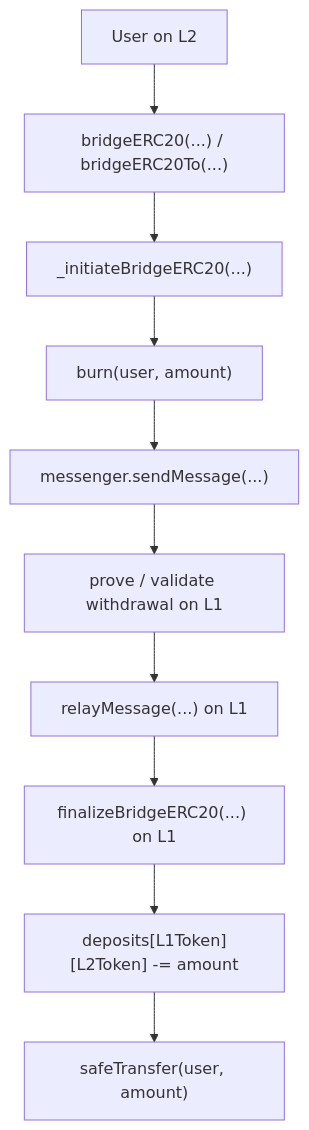
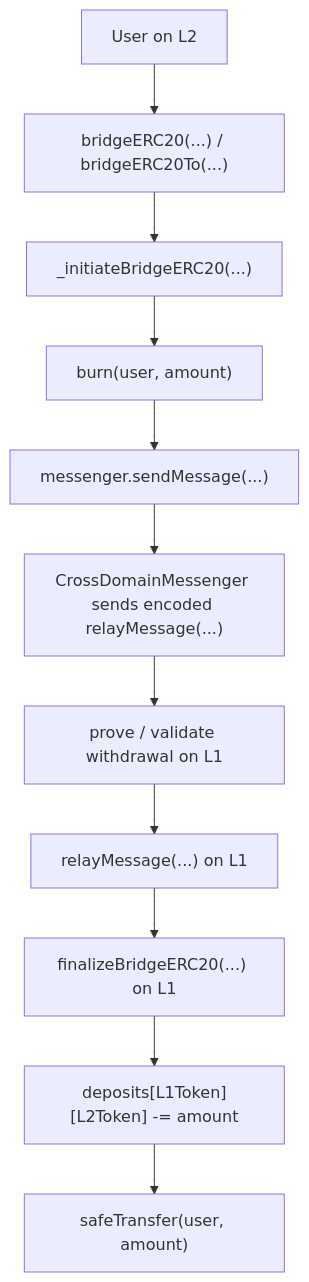
Before and after one commit to Keedz1Off/optimism-bridge-flow-local-review: the second of 2 diagrams in README.md, drawn with Mermaid. The commit also changed other lines of this file and 4 other files, not shown here.

Commit message:
Clarify Optimism bridge message flow

````diff
--- a/README.md
+++ b/README.md
@@ -45,12 +48,13 @@
 ```mermaid
 flowchart TD
     A["User on L2"] --> B["bridgeERC20(...) / bridgeERC20To(...)"]
     B --> C["_initiateBridgeERC20(...)"]
     C --> D["burn(user, amount)"]
     D --> E["messenger.sendMessage(...)"]
-    E --> F["prove / validate withdrawal on L1"]
-    F --> G["relayMessage(...) on L1"]
-    G --> H["finalizeBridgeERC20(...) on L1"]
-    H --> I["deposits[L1Token][L2Token] -= amount"]
-    I --> J["safeTransfer(user, amount)"]
+    E --> F["CrossDomainMessenger sends encoded relayMessage(...)"]
+    F --> G["prove / validate withdrawal on L1"]
+    G --> H["relayMessage(...) on L1"]
+    H --> I["finalizeBridgeERC20(...) on L1"]
+    I --> J["deposits[L1Token][L2Token] -= amount"]
+    J --> K["safeTransfer(user, amount)"]
 ```
````
